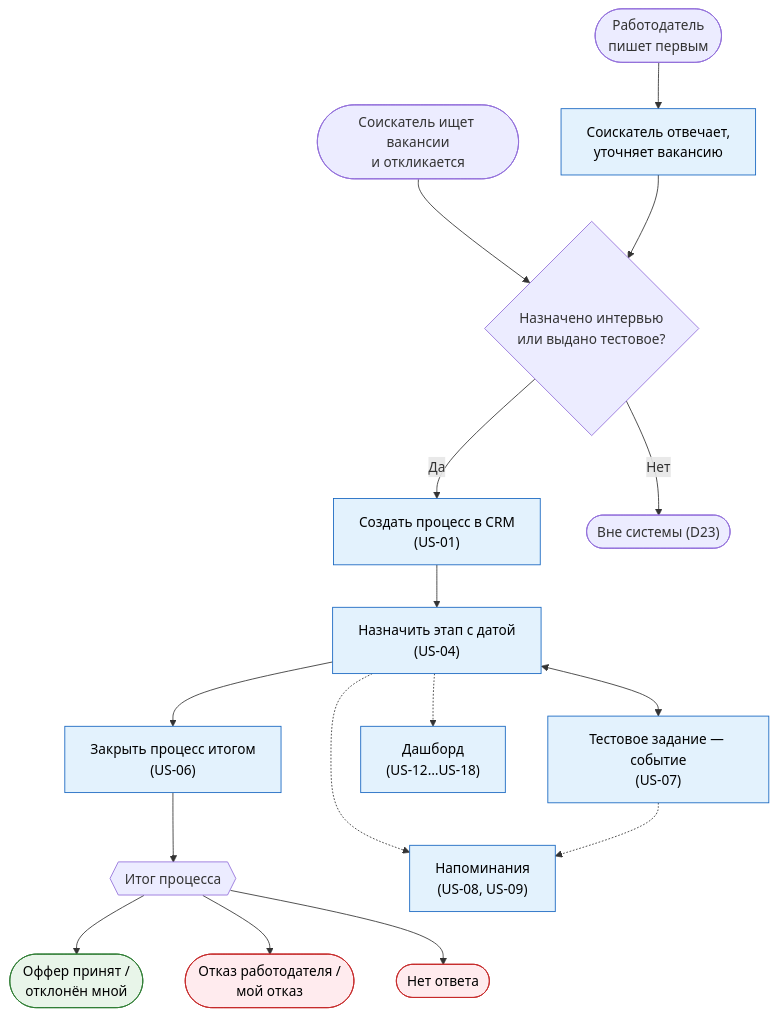
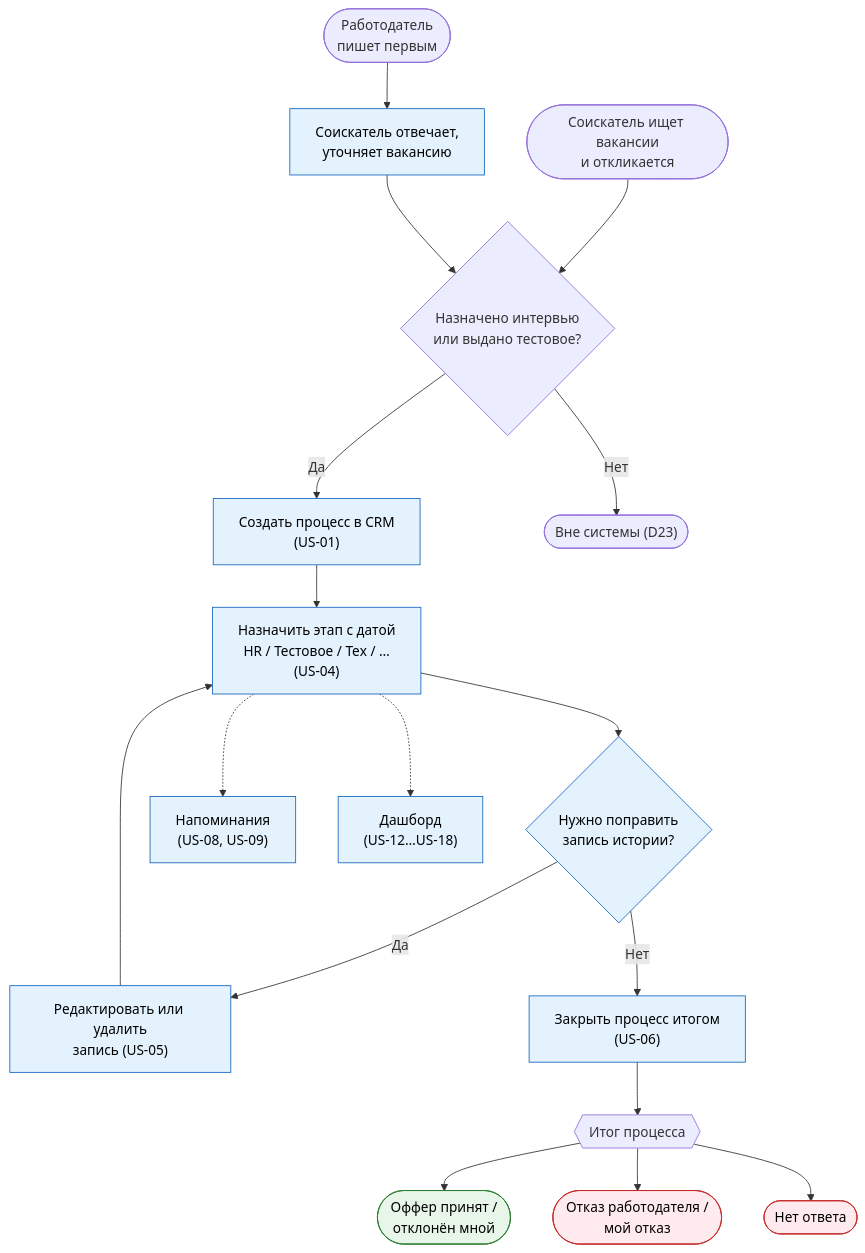
Before and after one commit to j112nsk/tw-portfolio: the second of 2 diagrams in projects/06-job-search-crm/docs/process/02-to-be-job-search.md, drawn with Mermaid. The commit also changed other lines of this file, not shown here.

Commit message:
docs(job-crm): TO-BE v3.0 — test assignment as a stage; edit history records

````diff
--- a/projects/06-job-search-crm/docs/process/02-to-be-job-search.md
+++ b/projects/06-job-search-crm/docs/process/02-to-be-job-search.md
@@ -127,28 +135,29 @@
 ```mermaid
 flowchart TD
     StartA(["Соискатель ищет вакансии<br/>и откликается"]) --> Wait{"Назначено интервью<br/>или выдано тестовое?"}
     StartB(["Работодатель<br/>пишет первым"]) --> Dialog["Соискатель отвечает,<br/>уточняет вакансию"] --> Wait
 
     Wait -->|"Да"| Create["Создать процесс в CRM<br/>(US-01)"]
     Wait -->|"Нет"| Skip(["Вне системы (D23)"])
 
-    Create --> Stage["Назначить этап с датой<br/>(US-04)"]
-    Stage <--> Test["Тестовое задание — событие<br/>(US-07)"]
-    Stage --> Close["Закрыть процесс итогом<br/>(US-06)"]
+    Create --> Stage["Назначить этап с датой<br/>HR / Тестовое / Тех / …<br/>(US-04)"]
+    Stage --> Edit{"Нужно поправить<br/>запись истории?"}
+    Edit -->|"Да"| EditAct["Редактировать или удалить<br/>запись (US-05)"]
+    EditAct --> Stage
+    Edit -->|"Нет"| Close["Закрыть процесс итогом<br/>(US-06)"]
 
     Close --> Outcome{{"Итог процесса"}}
     Outcome --> O1(["Оффер принят /<br/>отклонён мной"])
     Outcome --> O2(["Отказ работодателя /<br/>мой отказ"])
     Outcome --> O3(["Нет ответа"])
 
     Stage -.-> Remind["Напоминания<br/>(US-08, US-09)"]
-    Test -.-> Remind
     Stage -.-> Dash["Дашборд<br/>(US-12…US-18)"]
 
     classDef soft fill:#e3f2fd,stroke:#1565c0,color:#000
     classDef success fill:#e8f5e9,stroke:#2e7d32,color:#000
     classDef stop fill:#ffebee,stroke:#c62828,color:#000
-    class Create,Dialog,Stage,Test,Close,Remind,Dash soft
+    class Create,Dialog,Stage,Edit,EditAct,Close,Remind,Dash soft
     class O1 success
     class O2,O3 stop
 ```
````
